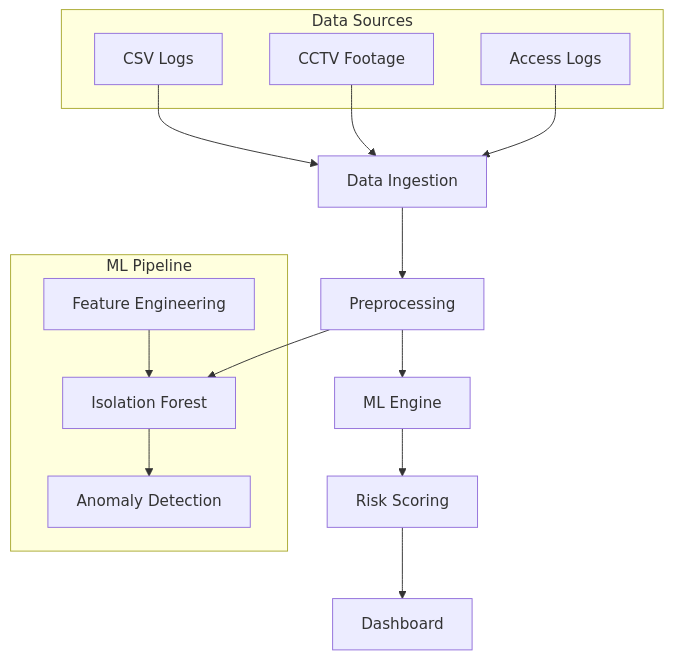
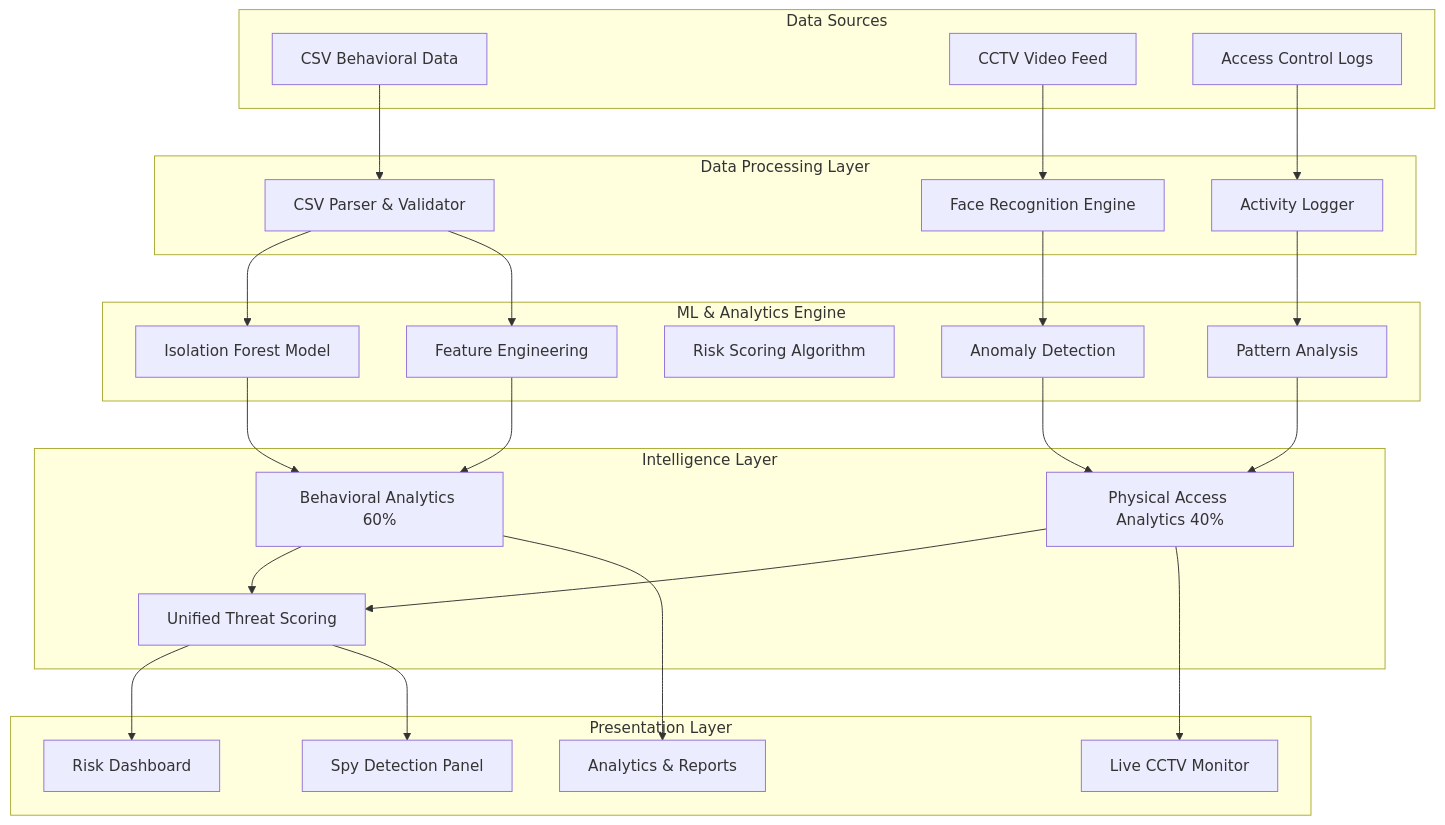
Before and after one commit to Aj12062001/SPi: the diagram in README.md, drawn with Mermaid. The commit also changed other lines of this file and 1717 other files, not shown here.

````diff
--- a/README.md
+++ b/README.md
@@ -80,26 +116,57 @@
 ```mermaid
 graph TB
-    A[Data Ingestion] --> B[Preprocessing]
-    B --> C[ML Engine]
-    C --> D[Risk Scoring]
-    D --> E[Dashboard]
-
     subgraph "Data Sources"
-        F[CSV Logs]
-        G[CCTV Footage]
-        H[Access Logs]
+        A1[CSV Behavioral Data]
+        A2[CCTV Video Feed]
+        A3[Access Control Logs]
     end
 
-    subgraph "ML Pipeline"
-        I[Isolation Forest]
-        J[Feature Engineering]
-        K[Anomaly Detection]
+    subgraph "Data Processing Layer"
+        B1[CSV Parser & Validator]
+        B2[Face Recognition Engine]
+        B3[Activity Logger]
     end
 
-    F --> A
-    G --> A
-    H --> A
-    B --> I
-    J --> I
-    I --> K
+    subgraph "ML & Analytics Engine"
+        C1[Isolation Forest Model]
+        C2[Feature Engineering]
+        C3[Risk Scoring Algorithm]
+        C4[Anomaly Detection]
+        C5[Pattern Analysis]
+    end
+
+    subgraph "Intelligence Layer"
+        D1[Behavioral Analytics 60%]
+        D2[Physical Access Analytics 40%]
+        D3[Unified Threat Scoring]
+    end
+
+    subgraph "Presentation Layer"
+        E1[Risk Dashboard]
+        E2[Spy Detection Panel]
+        E3[Live CCTV Monitor]
+        E4[Analytics & Reports]
+    end
+
+    A1 --> B1
+    A2 --> B2
+    A3 --> B3
+    
+    B1 --> C1
+    B1 --> C2
+    B2 --> C4
+    B3 --> C5
+    
+    C1 --> D1
+    C2 --> D1
+    C4 --> D2
+    C5 --> D2
+    
+    D1 --> D3
+    D2 --> D3
+    
+    D3 --> E1
+    D3 --> E2
+    D2 --> E3
+    D1 --> E4
 ```
````
